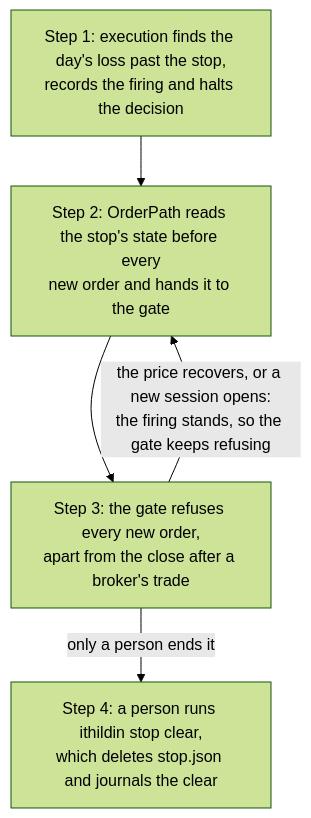
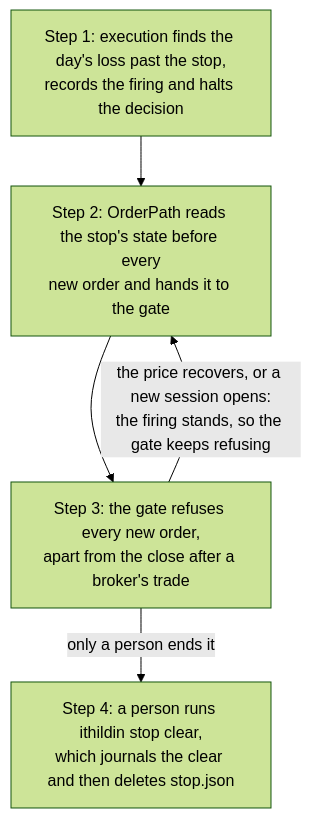
One commit to l3a0/ithildin-runtime changed diagram 14 of 18 in docs/architecture/06-runtime.md. Above: the diagram before and after it, drawn with Mermaid (forest theme). The commit also changed other lines of this file and 24 other files, not shown here.

First line of the commit message:
feat(execution): the loss stop's latch, which holds until a person clears it

````diff
--- a/docs/architecture/06-runtime.md
+++ b/docs/architecture/06-runtime.md
@@ -997,11 +997,11 @@
 ```mermaid
 flowchart TD
     fire["Step 1: execution finds the day's loss past the stop,<br/>records the firing and halts the decision"]
     read["Step 2: OrderPath reads the stop's state before every<br/>new order and hands it to the gate"]
     refuse["Step 3: the gate refuses every new order,<br/>apart from the close after a broker's trade"]
-    clear["Step 4: a person runs ithildin stop clear,<br/>which deletes stop.json and journals the clear"]
+    clear["Step 4: a person runs ithildin stop clear,<br/>which journals the clear and then deletes stop.json"]
     fire --> read
     read --> refuse
     refuse -->|"the price recovers, or a new session opens:<br/>the firing stands, so the gate keeps refusing"| read
     refuse -->|"only a person ends it"| clear
 ```
````
